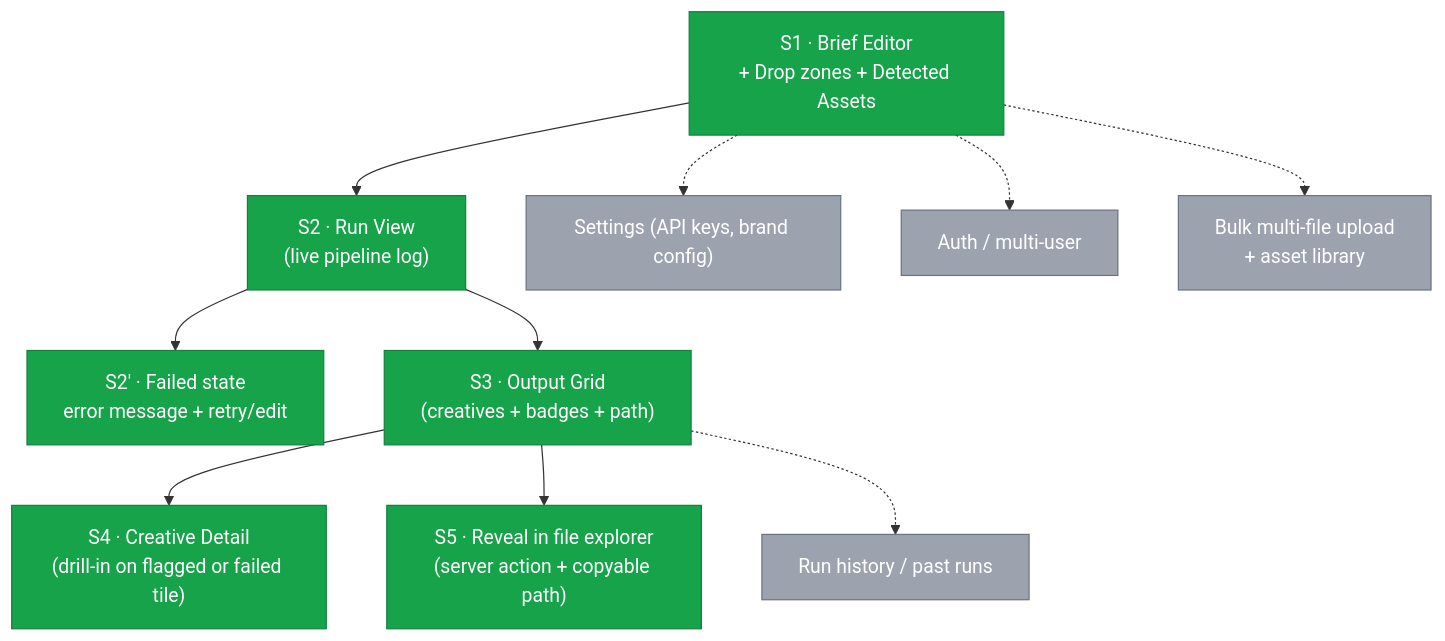
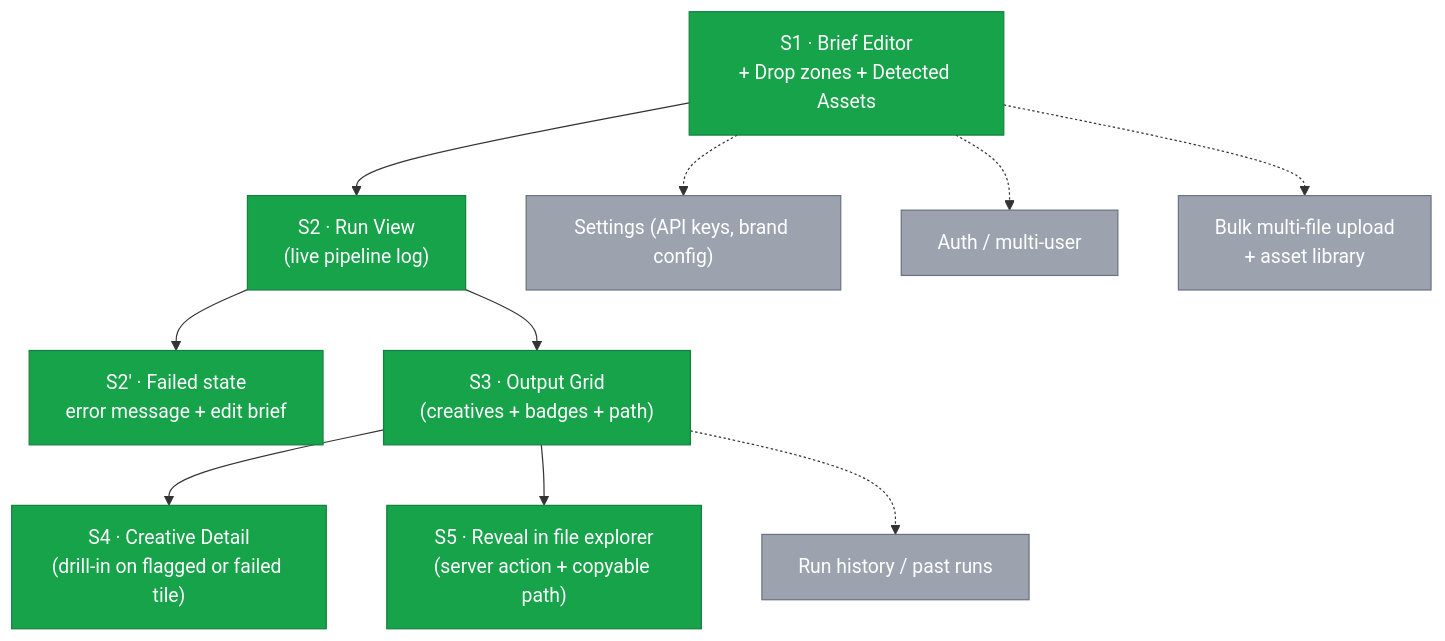
One commit to arndvs/cast changed the fifth of 6 diagrams in docs/flow-diagrams.md. Above: the diagram before and after it, drawn with Mermaid. The commit also changed other lines of this file and 4 other files, not shown here.

````diff
--- a/docs/flow-diagrams.md
+++ b/docs/flow-diagrams.md
@@ -146,26 +145,26 @@
 ```mermaid
 flowchart TB
     classDef mvp fill:#16a34a,stroke:#15803d,color:#fff
     classDef later fill:#9ca3af,stroke:#6b7280,color:#fff
 
     S1["S1 · Brief Editor<br/>+ Drop zones + Detected Assets"]:::mvp
     S2["S2 · Run View<br/>(live pipeline log)"]:::mvp
-    S2Err["S2′ · Failed state<br/>error message + retry/edit"]:::mvp
+    S2Err["S2′ · Failed state<br/>error message + edit brief"]:::mvp
     S3["S3 · Output Grid<br/>(creatives + badges + path)"]:::mvp
     S4["S4 · Creative Detail<br/>(drill-in on flagged or failed tile)"]:::mvp
     S5["S5 · Reveal in file explorer<br/>(server action + copyable path)"]:::mvp
 
     History["Run history / past runs"]:::later
     Settings["Settings (API keys, brand config)"]:::later
     Auth["Auth / multi-user"]:::later
     MultiUpload["Bulk multi-file upload<br/>+ asset library"]:::later
 
     S1 --> S2 --> S3
     S2 --> S2Err
     S3 --> S4
     S3 --> S5
     S3 -.-> History
     S1 -.-> Settings
     S1 -.-> Auth
     S1 -.-> MultiUpload
 ```
````
